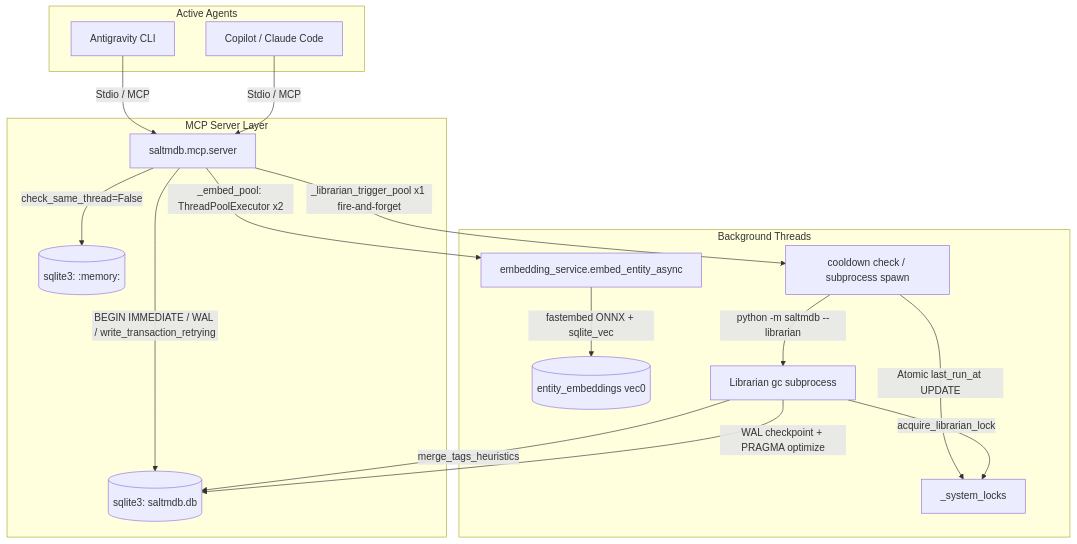
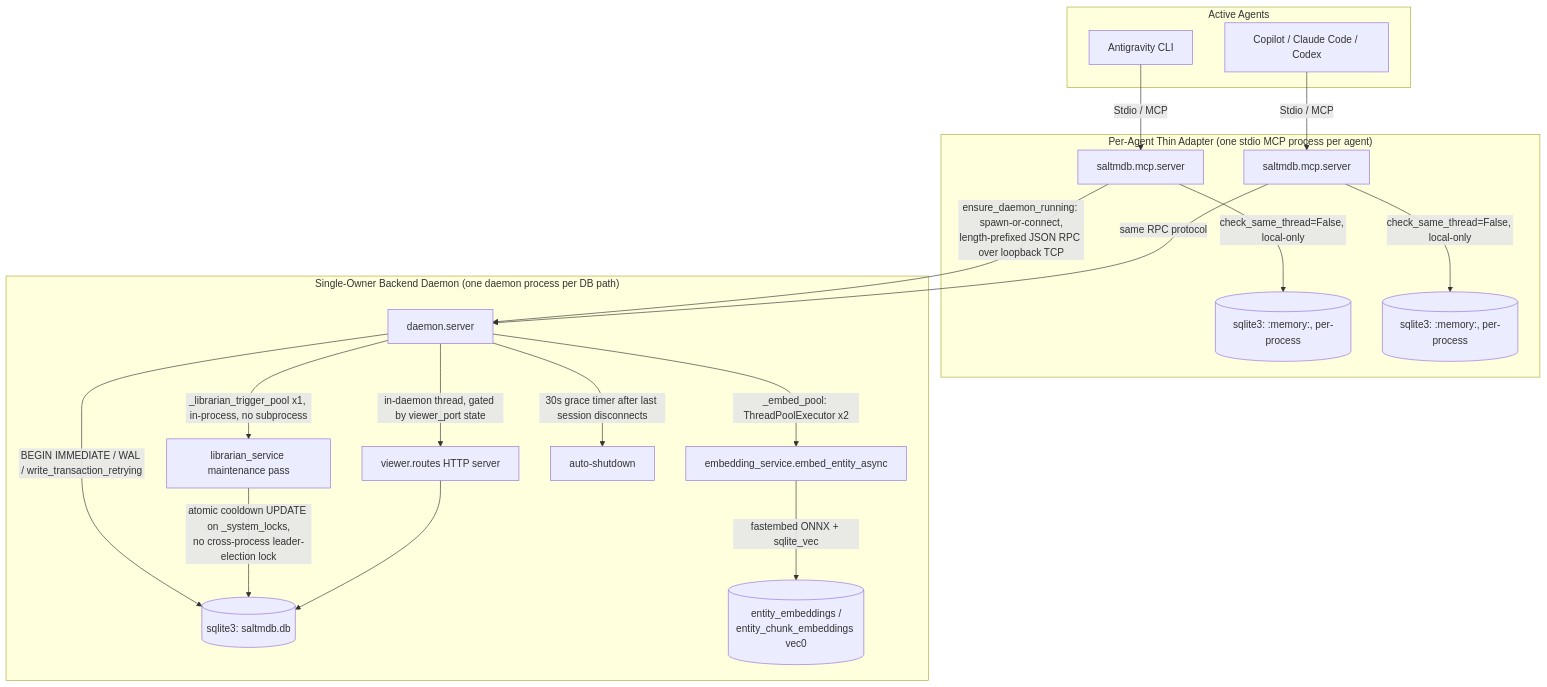
Before and after one commit to zbalint/SALTMDB: the diagram in README.md, drawn with Mermaid. The commit also changed other lines of this file and 5 other files, not shown here.

````diff
--- a/README.md
+++ b/README.md
@@ -15,25 +18,27 @@
 ```mermaid
 graph TD
     subgraph Active Agents
         A[Antigravity CLI]
-        B[Copilot / Claude Code]
+        B[Copilot / Claude Code / Codex]
     end
 
-    subgraph MCP Server Layer
-        A -->|Stdio / MCP| Server[saltmdb.mcp.server]
-        B -->|Stdio / MCP| Server
-        Server -->|BEGIN IMMEDIATE / WAL / write_transaction_retrying| MainDB[(sqlite3: saltmdb.db)]
-        Server -->|check_same_thread=False| EphemDB[(sqlite3: :memory:)]
+    subgraph "Per-Agent Thin Adapter (one stdio MCP process per agent)"
+        A -->|Stdio / MCP| AdA[saltmdb.mcp.server]
+        B -->|Stdio / MCP| AdB[saltmdb.mcp.server]
+        AdA -->|check_same_thread=False, local-only| EphA[(sqlite3: :memory:, per-process)]
+        AdB -->|check_same_thread=False, local-only| EphB[(sqlite3: :memory:, per-process)]
     end
 
-    subgraph Background Threads
-        Server -->|_embed_pool: ThreadPoolExecutor x2| EmbedWorker[embedding_service.embed_entity_async]
-        EmbedWorker -->|fastembed ONNX + sqlite_vec| VecDB[(entity_embeddings vec0)]
-        Server -->|_librarian_trigger_pool x1 fire-and-forget| TriggerCheck[cooldown check / subprocess spawn]
-        TriggerCheck -->|Atomic last_run_at UPDATE| Lock[_system_locks]
-        TriggerCheck -->|python -m saltmdb --librarian| Lib[Librarian gc subprocess]
-        Lib -->|acquire_librarian_lock| Lock
-        Lib -->|merge_tags_heuristics| MainDB
-        Lib -->|WAL checkpoint + PRAGMA optimize| MainDB
+    subgraph "Single-Owner Backend Daemon (one daemon process per DB path)"
+        AdA -->|ensure_daemon_running: spawn-or-connect,<br/>length-prefixed JSON RPC over loopback TCP| Daemon[daemon.server]
+        AdB -->|same RPC protocol| Daemon
+        Daemon -->|BEGIN IMMEDIATE / WAL / write_transaction_retrying| MainDB[(sqlite3: saltmdb.db)]
+        Daemon -->|_embed_pool: ThreadPoolExecutor x2| EmbedWorker[embedding_service.embed_entity_async]
+        EmbedWorker -->|fastembed ONNX + sqlite_vec| VecDB[(entity_embeddings /<br/>entity_chunk_embeddings vec0)]
+        Daemon -->|_librarian_trigger_pool x1, in-process, no subprocess| Lib[librarian_service maintenance pass]
+        Lib -->|atomic cooldown UPDATE on _system_locks,<br/>no cross-process leader-election lock| MainDB
+        Daemon -->|in-daemon thread, gated by viewer_port state| Viewer[viewer.routes HTTP server]
+        Viewer --> MainDB
+        Daemon -->|30s grace timer after last session disconnects| Shutdown[auto-shutdown]
     end
 ```
````
